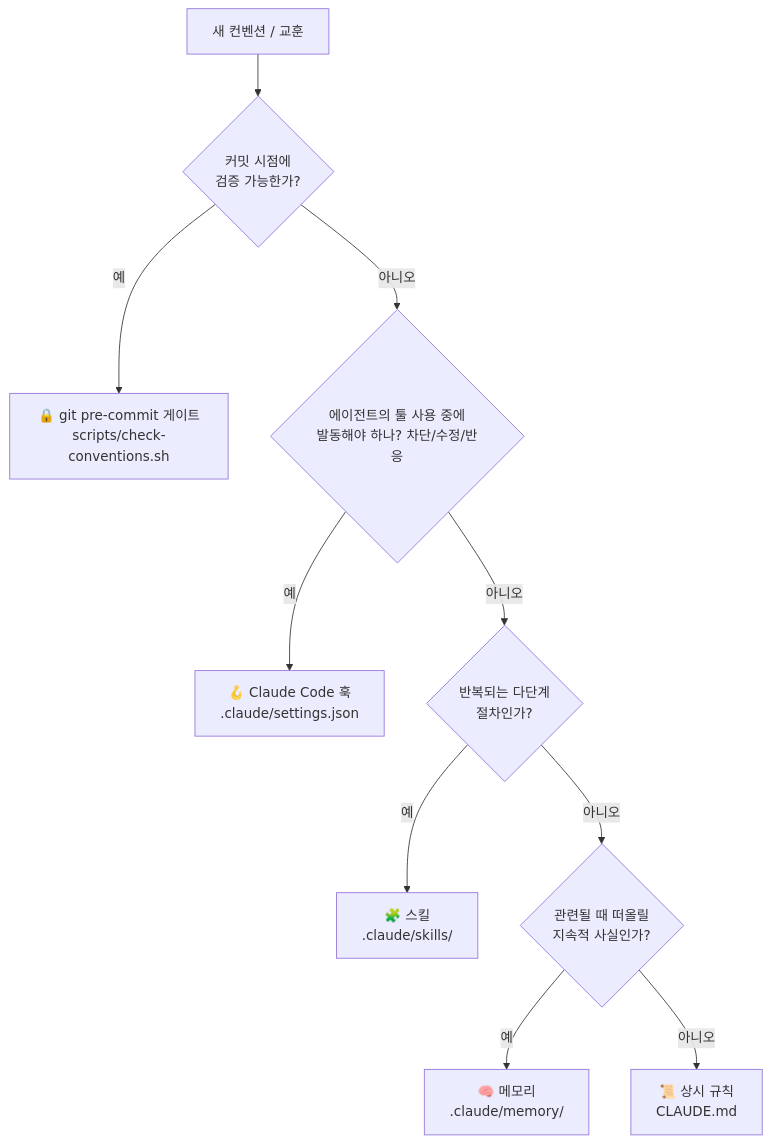
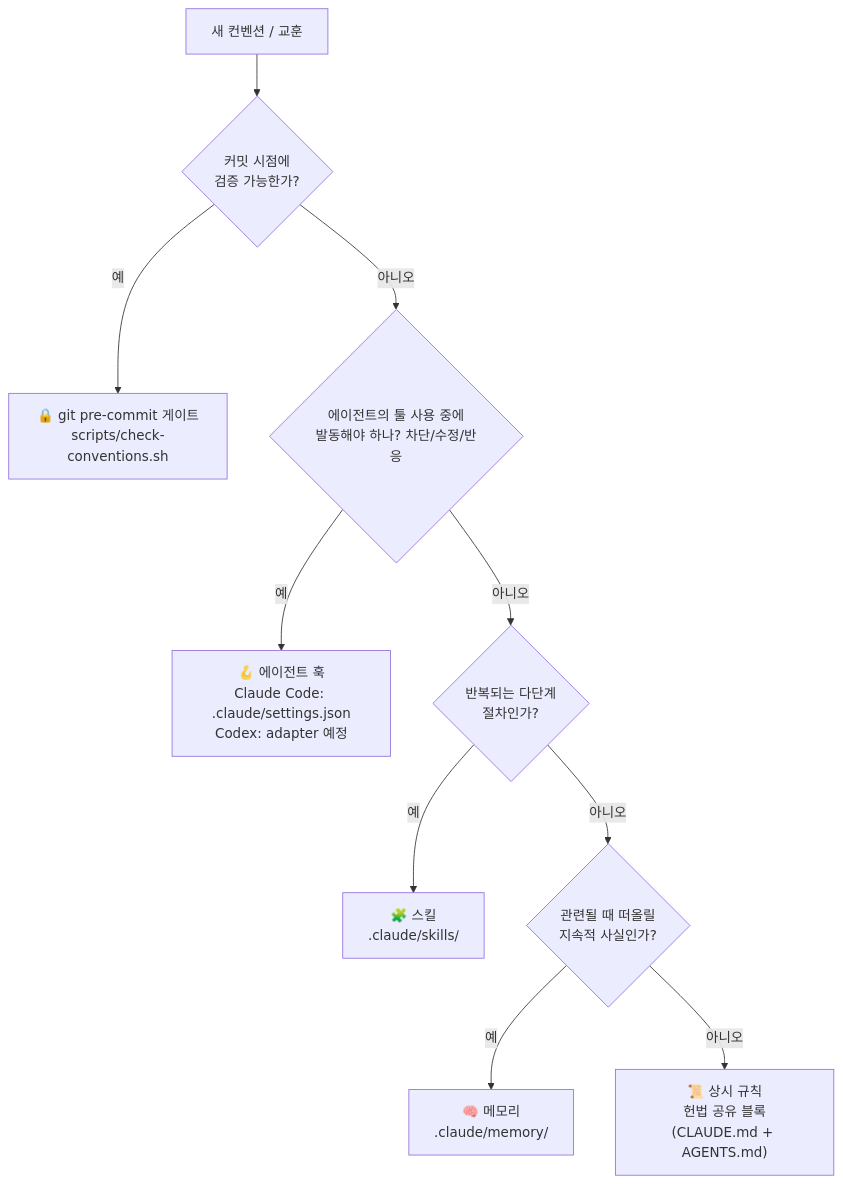
The fourth of 5 diagrams in README.ko.md (icurfer/ic-praxis), drawn with Mermaid before and after one commit. The commit also changed other lines of this file and 1 other file, not shown here.

First line of the commit message:
docs: agent-neutral README diagrams — Codex alongside Claude Code

````diff
--- a/README.ko.md
+++ b/README.ko.md
@@ -202,12 +209,12 @@
 ```mermaid
 flowchart TD
     N["새 컨벤션 / 교훈"] --> Q1{"커밋 시점에<br/>검증 가능한가?"}
     Q1 -- 예 --> GATE["🔒 git pre-commit 게이트<br/>scripts/check-conventions.sh"]
     Q1 -- 아니오 --> Q2{"에이전트의 툴 사용 중에<br/>발동해야 하나? 차단/수정/반응"}
-    Q2 -- 예 --> HOOK["🪝 Claude Code 훅<br/>.claude/settings.json"]
+    Q2 -- 예 --> HOOK["🪝 에이전트 훅<br/>Claude Code: .claude/settings.json<br/>Codex: adapter 예정"]
     Q2 -- 아니오 --> Q3{"반복되는 다단계<br/>절차인가?"}
     Q3 -- 예 --> SKILL["🧩 스킬<br/>.claude/skills/"]
     Q3 -- 아니오 --> Q4{"관련될 때 떠올릴<br/>지속적 사실인가?"}
     Q4 -- 예 --> MEM["🧠 메모리<br/>.claude/memory/"]
-    Q4 -- 아니오 --> RULE["📜 상시 규칙<br/>CLAUDE.md"]
+    Q4 -- 아니오 --> RULE["📜 상시 규칙<br/>헌법 공유 블록<br/>(CLAUDE.md + AGENTS.md)"]
 ```
````
